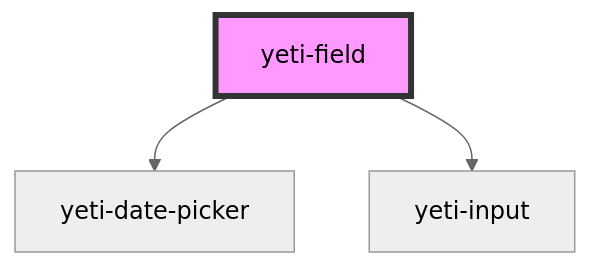
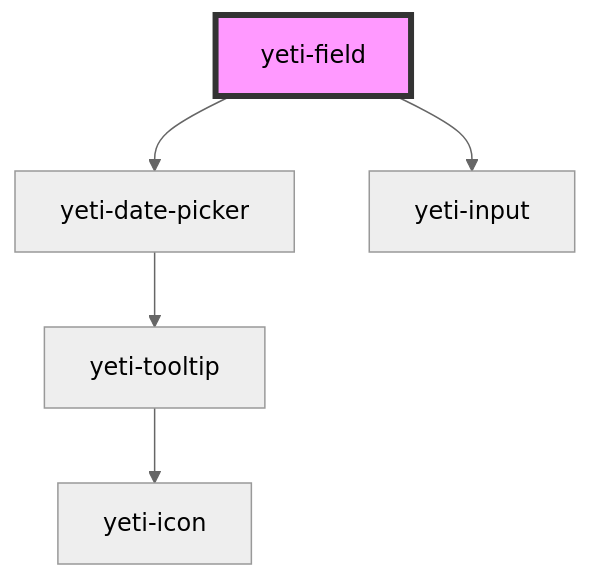
The diagram in src/components/yeti-field/readme.md (msoltvedt/yeti), drawn with Mermaid (neutral theme) before and after one commit. The commit also changed 48 other files, not shown here.

````diff
--- a/src/components/yeti-field/readme.md
+++ b/src/components/yeti-field/readme.md
@@ -34,6 +34,8 @@
 ```mermaid
 graph TD;
   yeti-field --> yeti-date-picker
   yeti-field --> yeti-input
+  yeti-date-picker --> yeti-tooltip
+  yeti-tooltip --> yeti-icon
   style yeti-field fill:#f9f,stroke:#333,stroke-width:4px
 ```
````
